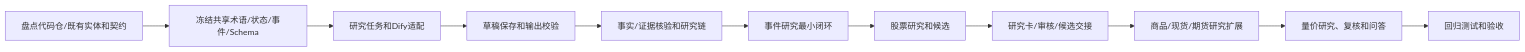
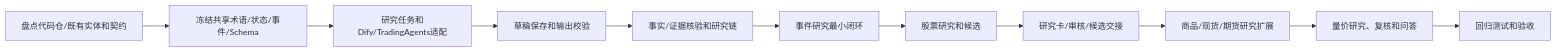
The sixth of 7 diagrams in doc/详设文档/详设_2_研究与候选发现详细设计方案.md (shaoqf2350/quant), drawn with Mermaid before and after one commit. The commit also changed other lines of this file and 100 other files, not shown here.

````diff
--- a/doc/详设文档/详设_2_研究与候选发现详细设计方案.md
+++ b/doc/详设文档/详设_2_研究与候选发现详细设计方案.md
@@ -1714,15 +1814,15 @@
 ```mermaid
 flowchart LR
     A[盘点代码仓/既有实体和契约]
     B[冻结共享术语/状态/事件/Schema]
-    C[研究任务和Dify适配]
+    C[研究任务和Dify/TradingAgents适配]
     D[草稿保存和输出校验]
     E[事实/证据核验和研究链]
     F[事件研究最小闭环]
     G[股票研究和候选]
     H[研究卡/审核/候选交接]
     I[商品/现货/期货研究扩展]
     J[量价研究、复核和问答]
     K[回归测试和验收]
     A-->B-->C-->D-->E-->F-->G-->H-->I-->J-->K
 ```
````
